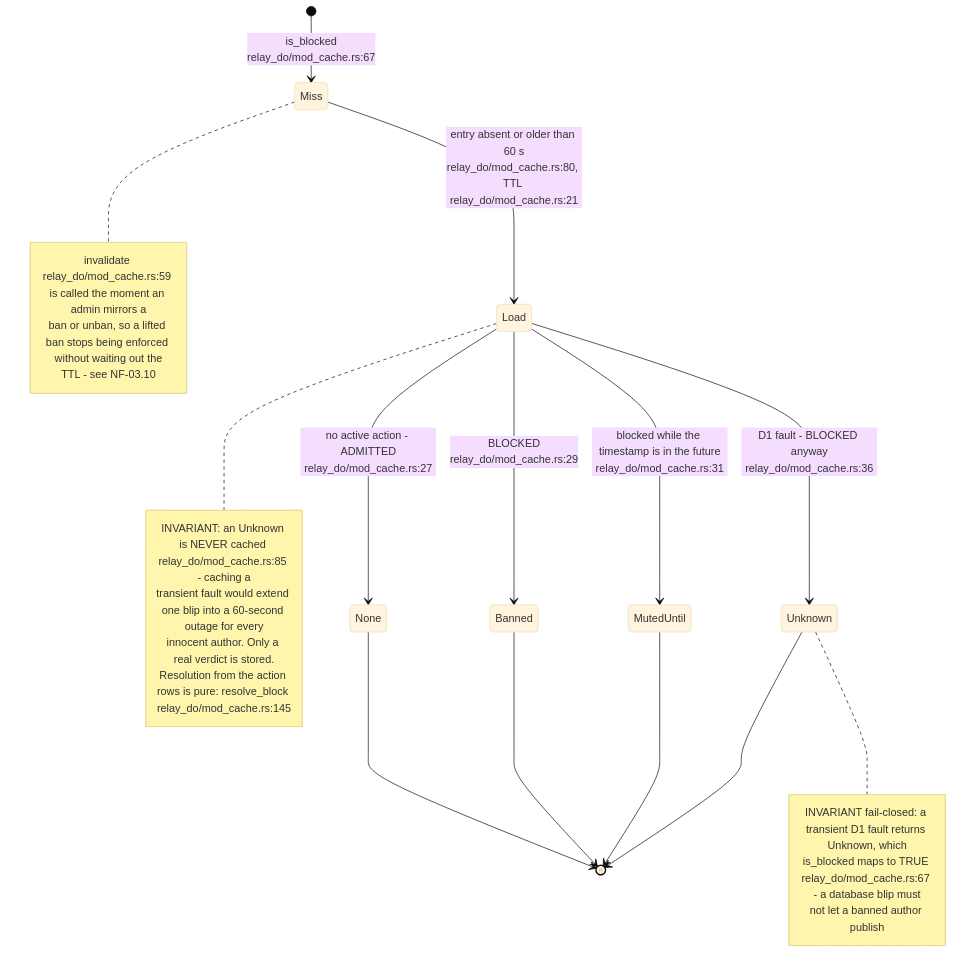
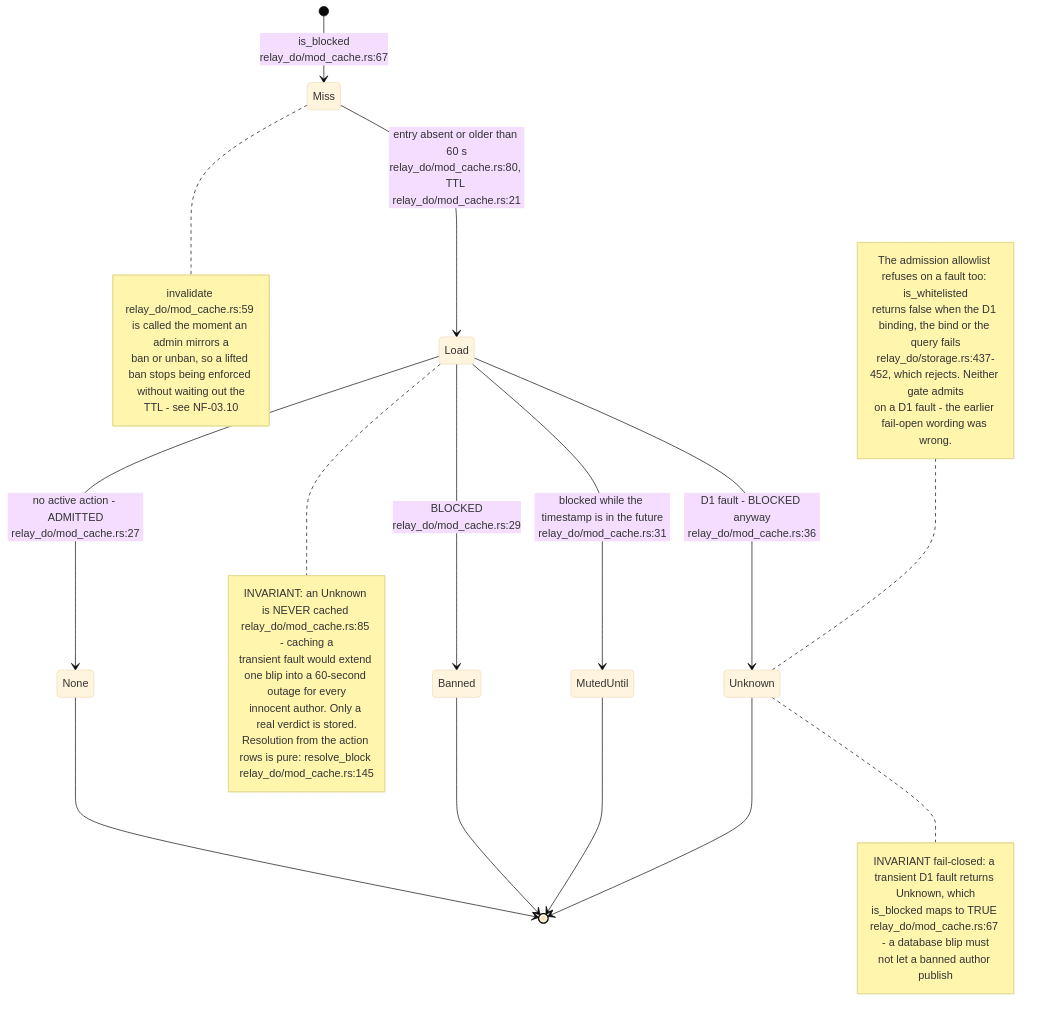
The sixth of 18 diagrams in docs/diagrams/nostr-rust-forum/11-relay-durable-object-internals.md (DreamLab-AI/VisionFlow), drawn with Mermaid (base theme) before and after one commit. The commit also changed other lines of this file and 13 other files, not shown here.

First line of the commit message:
diagrams(nostr-rust-forum): fold the last kit-only diagram content into the corpus

````diff
--- a/docs/diagrams/nostr-rust-forum/11-relay-durable-object-internals.md
+++ b/docs/diagrams/nostr-rust-forum/11-relay-durable-object-internals.md
@@ -218,30 +220,36 @@
 ```mermaid
 stateDiagram-v2
     [*] --> Miss: is_blocked<br/>relay_do/mod_cache.rs:67
     Miss --> Load: entry absent or older than 60 s<br/>relay_do/mod_cache.rs:80, TTL relay_do/mod_cache.rs:21
     Load --> None: no active action - ADMITTED<br/>relay_do/mod_cache.rs:27
     Load --> Banned: BLOCKED<br/>relay_do/mod_cache.rs:29
     Load --> MutedUntil: blocked while the timestamp is in the future<br/>relay_do/mod_cache.rs:31
     Load --> Unknown: D1 fault - BLOCKED anyway<br/>relay_do/mod_cache.rs:36
     None --> [*]
     Banned --> [*]
     MutedUntil --> [*]
     Unknown --> [*]
 
     note right of Unknown
         INVARIANT fail-closed: a transient D1 fault returns Unknown, which
         is_blocked maps to TRUE relay_do/mod_cache.rs:67 - a database blip must
         not let a banned author publish
     end note
     note right of Load
         INVARIANT: an Unknown is NEVER cached relay_do/mod_cache.rs:85 - caching a
         transient fault would extend one blip into a 60-second outage for every
         innocent author. Only a real verdict is stored.
         Resolution from the action rows is pure: resolve_block relay_do/mod_cache.rs:145
     end note
+    note left of Unknown
+        The admission allowlist refuses on a fault too: is_whitelisted
+        returns false when the D1 binding, the bind or the query fails
+        relay_do/storage.rs:437-452, which rejects. Neither gate admits
+        on a D1 fault - the earlier fail-open wording was wrong.
+    end note
     note right of Miss
         invalidate relay_do/mod_cache.rs:59 is called the moment an admin mirrors a
         ban or unban, so a lifted ban stops being enforced without waiting out the
         TTL - see NF-03.10
     end note
 ```
````
